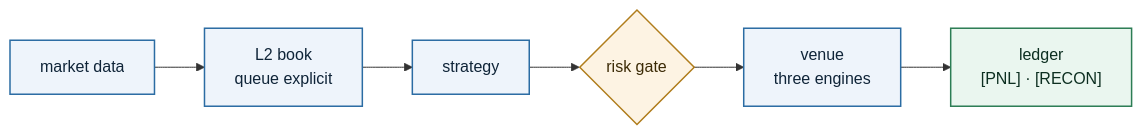
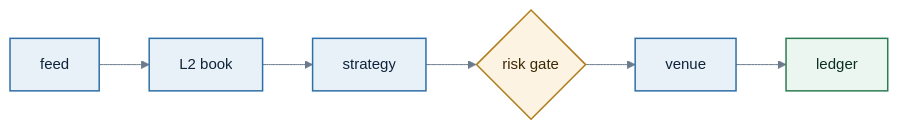
The diagram in docs/_figures/path-front.mmd (12mango/ToyQuant), drawn with Mermaid before and after one commit. The commit also changed 3 other files, not shown here.

First line of the commit message:
Make the two figures lay out sideways and read in either palette

````diff
--- a/docs/_figures/path-front.mmd
+++ b/docs/_figures/path-front.mmd
@@ -1,15 +1,14 @@
 ```mermaid
-%% The front door's version of the path: the same six boxes, no side branches. The two-layer one is `path.mmd` on the
-%% quickstart; README.md carries a copy of this file, because GitHub renders mermaid but cannot include one.
-%% The explicit fills and colours are the dark-mode fix: Mermaid's default theme is dark text on a transparent
-%% background, which vanishes on Material's dark page, so every node carries its own background.
+%%{init: {"theme":"base","themeVariables":{"fontSize":"15px","primaryColor":"#e8f1f8","primaryTextColor":"#10233a","primaryBorderColor":"#2f6fa8","lineColor":"#6b7b8c","textColor":"#10233a","nodeTextColor":"#10233a","titleColor":"#10233a"}}}%%
+%% The front door's six boxes, one row. Labels are one or two short words so the row still reads on a phone; the
+%% palette is pinned because a classDef `color` alone was overridden by the theme and left grey text on a pale fill.
 flowchart LR
-    D["market data"] --> B["L2 book<br/>queue explicit"] --> S["strategy"] --> G{"risk gate"} --> M["venue<br/>three engines"] --> L["ledger<br/>[PNL] · [RECON]"]
+    D["feed"] --> B["L2 book"] --> S["strategy"] --> G{"risk gate"} --> M["venue"] --> L["ledger"]
 
-    classDef box fill:#eef4fb,stroke:#2b6ca3,stroke-width:1.5px,color:#0f2438
+    classDef box fill:#e8f1f8,stroke:#2f6fa8,stroke-width:1.5px,color:#10233a
     classDef gate fill:#fdf3e3,stroke:#b07d1c,stroke-width:1.5px,color:#3b2a06
     classDef good fill:#eaf6ef,stroke:#2c7d54,stroke-width:1.5px,color:#0d2f21
     class D,B,S,M box
     class G gate
     class L good
 ```
````
